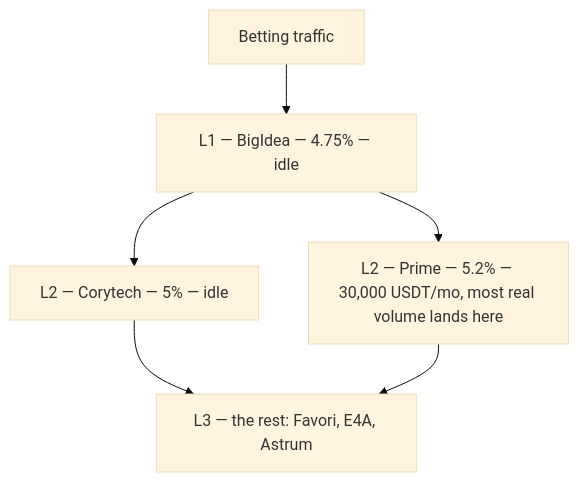
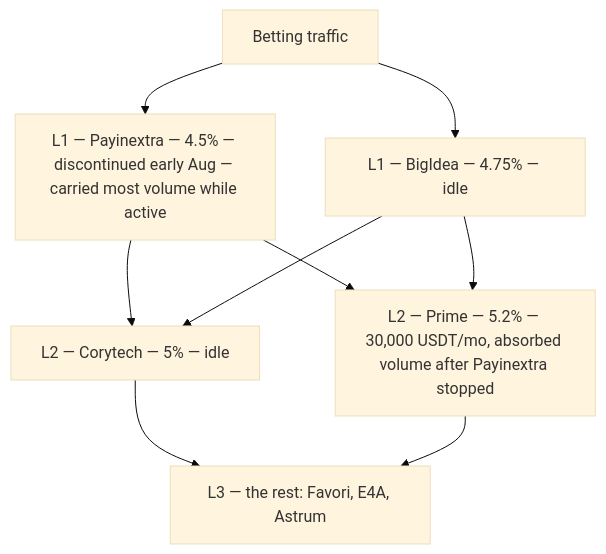
Before and after one commit to JoJ-se/incas-geo-expansion-pack: the first of 9 diagrams in docs/payment_cascades.md, drawn with Mermaid (base theme). The commit also changed other lines of this file and 8 other files, not shown here.

First line of the commit message:
Add Payinextra to Turkey August: 4.5% rate, 30,000 USDT volume, discontinued early Aug

````diff
--- a/docs/payment_cascades.md
+++ b/docs/payment_cascades.md
@@ -20,8 +20,11 @@
 ```mermaid
 flowchart TD
-    A[Betting traffic] --> L1["L1 — BigIdea — 4.75% — idle"]
+    A[Betting traffic] --> L1["L1 — Payinextra — 4.5% — discontinued early Aug — carried most volume while active"]
+    A --> L1B["L1 — BigIdea — 4.75% — idle"]
     L1 --> L2A["L2 — Corytech — 5% — idle"]
-    L1 --> L2B["L2 — Prime — 5.2% — 30,000 USDT/mo, most real volume lands here"]
+    L1 --> L2B["L2 — Prime — 5.2% — 30,000 USDT/mo, absorbed volume after Payinextra stopped"]
+    L1B --> L2A
+    L1B --> L2B
     L2A --> L3["L3 — the rest: Favori, E4A, Astrum"]
     L2B --> L3
 ```
````
